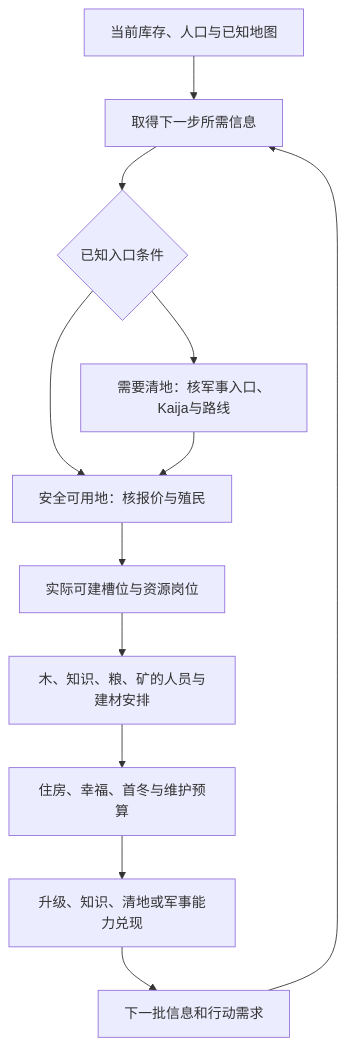
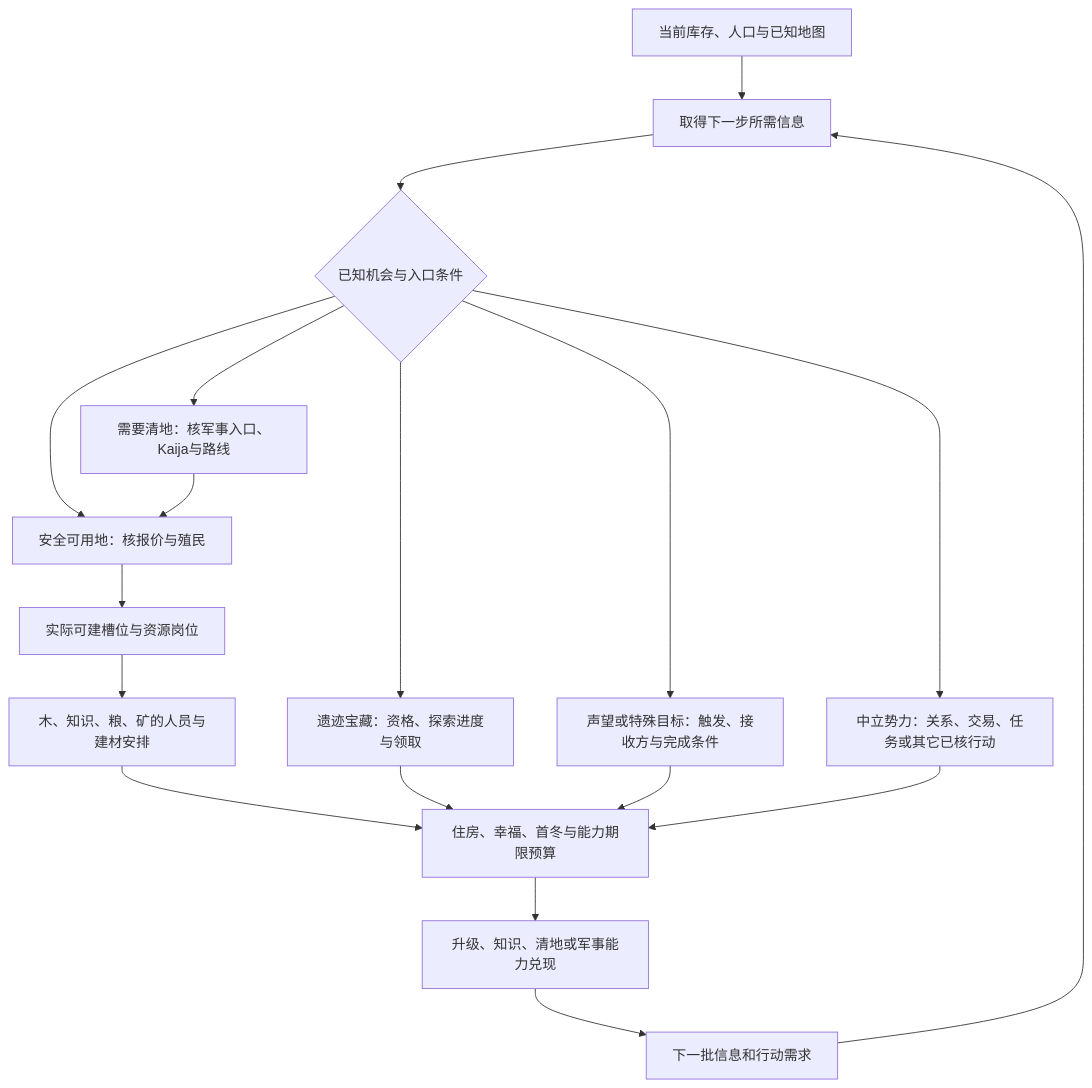
Before and after one commit to luoluo061/Northgard: the diagram in docs/OPERATIONS_ADVISOR_DESIGN.zh-CN.md, drawn with Mermaid. The commit also changed other lines of this file and 8 other files, not shown here.

Commit message:
feat: index installed map definitions and define advisor roadmap

````diff
--- a/docs/OPERATIONS_ADVISOR_DESIGN.zh-CN.md
+++ b/docs/OPERATIONS_ADVISOR_DESIGN.zh-CN.md
@@ -52,14 +54,20 @@
 ```mermaid
 flowchart TD
   A[当前库存、人口与已知地图] --> B[取得下一步所需信息]
-  B --> C{已知入口条件}
+  B --> C{已知机会与入口条件}
   C --> D[安全可用地：核报价与殖民]
   C --> E[需要清地：核军事入口、Kaija与路线]
   E --> D
   D --> F[实际可建槽位与资源岗位]
   F --> G[木、知识、粮、矿的人员与建材安排]
-  G --> H[住房、幸福、首冬与维护预算]
+  C --> K[遗迹宝藏：资格、探索进度与领取]
+  C --> L[声望或特殊目标：触发、接收方与完成条件]
+  C --> M[中立势力：关系、交易、任务或其它已核行动]
+  G --> H[住房、幸福、首冬与能力期限预算]
+  K --> H
+  L --> H
+  M --> H
   H --> I[升级、知识、清地或军事能力兑现]
   I --> J[下一批信息和行动需求]
   J --> B
 ```
````
